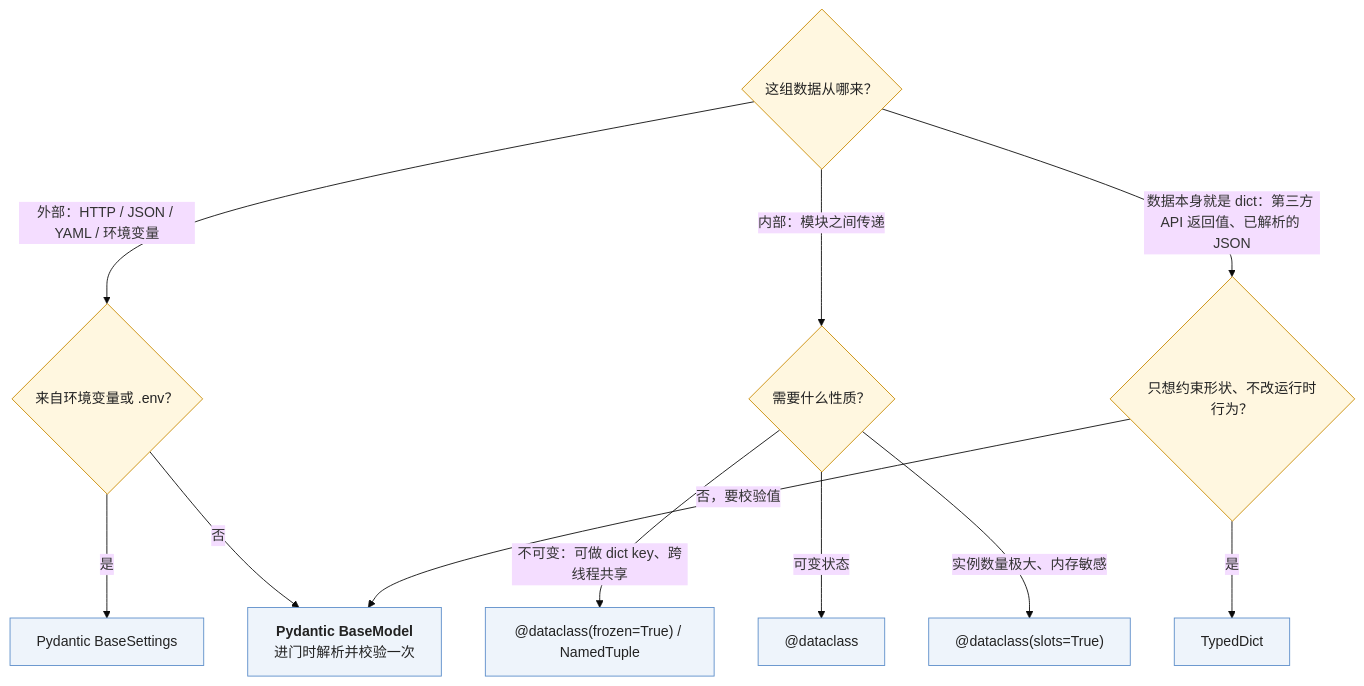
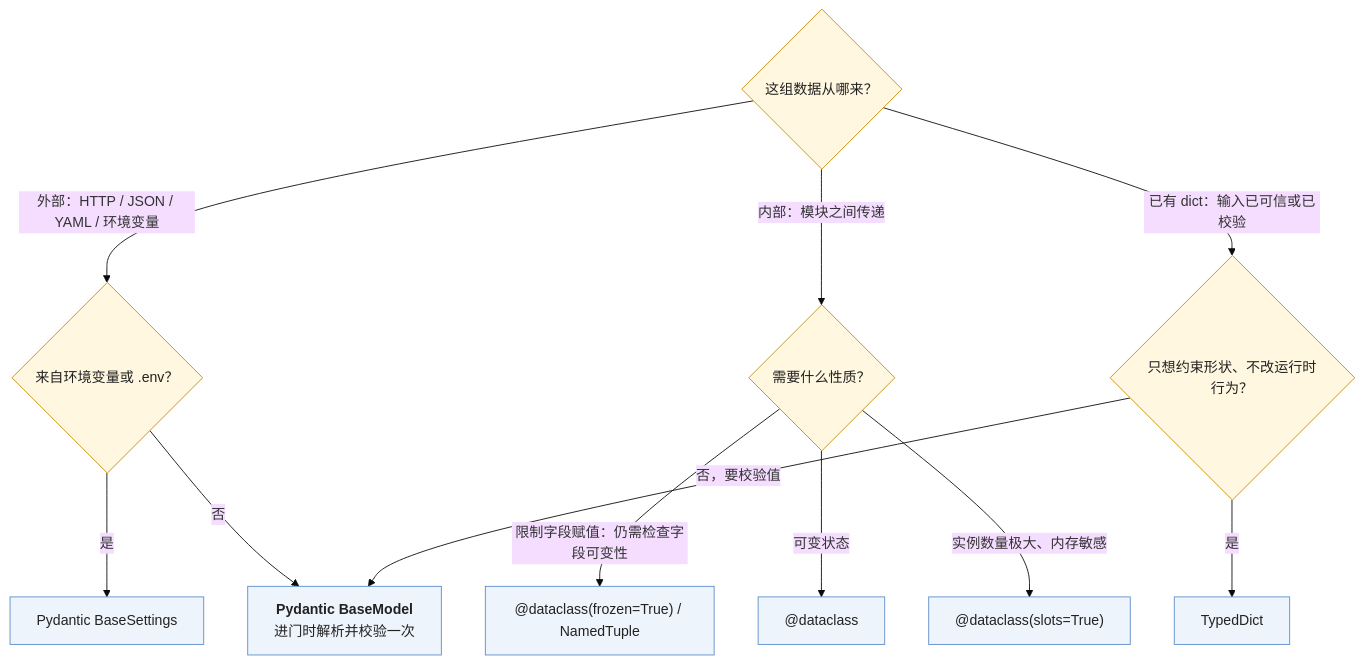
Before and after one commit to arganzheng/arganzheng.github.com: the third of 3 diagrams in _posts/2026-01-25-python-data-contract-design-dataclass-pydantic-and-settings.md, drawn with Mermaid (base theme). The commit also changed other lines of this file and 1 other file, not shown here.

Commit message:
Python 02下与07：补齐数据流图、就近 Java 对照并修正交付边界

````diff
--- a/_posts/2026-01-25-python-data-contract-design-dataclass-pydantic-and-settings.md
+++ b/_posts/2026-01-25-python-data-contract-design-dataclass-pydantic-and-settings.md
@@ -566,19 +643,19 @@
 ```mermaid
 %% 图：数据契约选型决策树：外部数据用 Pydantic，内部传递用 dataclass，只约束形状用 TypedDict
 flowchart TB
     Q0{"这组数据从哪来？"}
     Q0 -->|"外部：HTTP / JSON / YAML / 环境变量"| Q1{"来自环境变量或 .env？"}
     Q1 -->|"是"| S["Pydantic BaseSettings"]
     Q1 -->|"否"| M["<b>Pydantic BaseModel</b><br/>进门时解析并校验一次"]
     Q0 -->|"内部：模块之间传递"| Q2{"需要什么性质？"}
-    Q2 -->|"不可变：可做 dict key、跨线程共享"| F["@dataclass(frozen=True) / NamedTuple"]
+    Q2 -->|"限制字段赋值：仍需检查字段可变性"| F["@dataclass(frozen=True) / NamedTuple"]
     Q2 -->|"可变状态"| D["@dataclass"]
     Q2 -->|"实例数量极大、内存敏感"| SL["@dataclass(slots=True)"]
-    Q0 -->|"数据本身就是 dict：第三方 API 返回值、已解析的 JSON"| Q3{"只想约束形状、不改运行时行为？"}
+    Q0 -->|"已有 dict：输入已可信或已校验"| Q3{"只想约束形状、不改运行时行为？"}
     Q3 -->|"是"| TD["TypedDict"]
     Q3 -->|"否，要校验值"| M
     classDef q fill:#fff7e0,stroke:#c98a00,color:#222
     classDef a fill:#eef4fb,stroke:#5b8dc9,color:#222
     class Q0,Q1,Q2,Q3 q
     class S,M,F,D,SL,TD a
 ```
````
